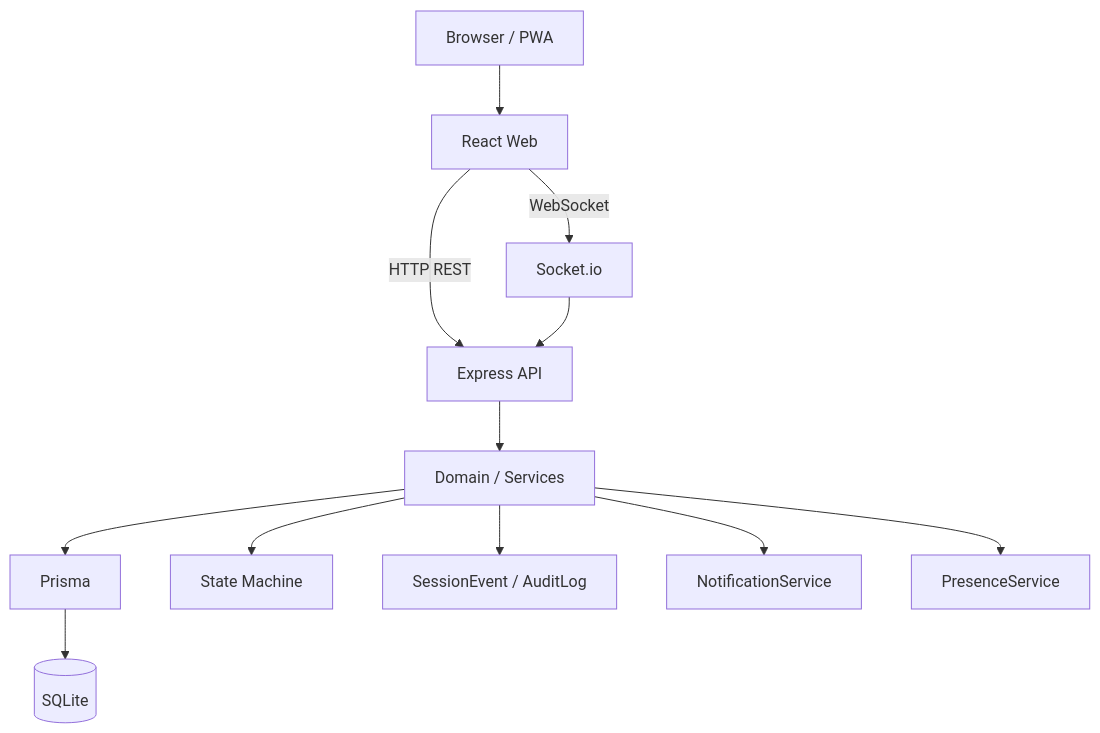
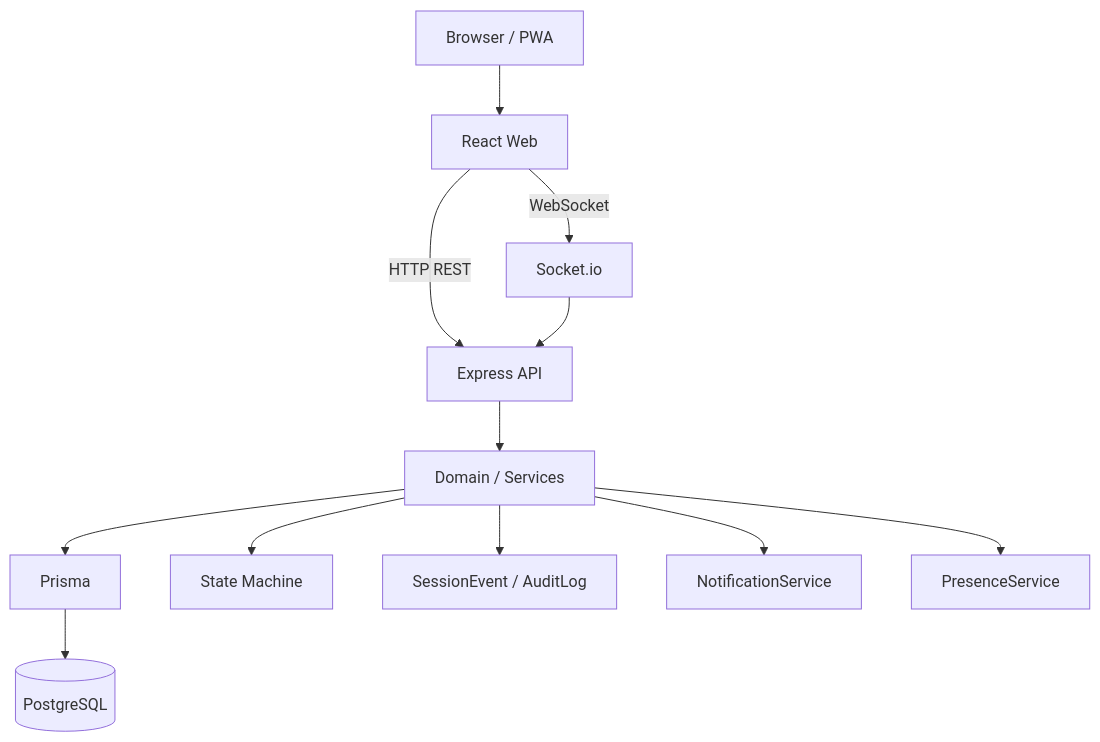
Before and after one commit to YusufSez/AlfatekSiparis: the diagram in README.md, drawn with Mermaid. The commit also changed other lines of this file and 29 other files, not shown here.

````diff
--- a/README.md
+++ b/README.md
@@ -452,14 +460,14 @@
 ```mermaid
 flowchart TD
   B[Browser / PWA] --> R[React Web]
   R -->|HTTP REST| E[Express API]
   R -->|WebSocket| S[Socket.io]
   S --> E
   E --> D[Domain / Services]
   D --> P[Prisma]
-  P --> DB[(SQLite)]
+  P --> DB[(PostgreSQL)]
   D --> SM[State Machine]
   D --> SE[SessionEvent / AuditLog]
   D --> NS[NotificationService]
   D --> PS[PresenceService]
 ```
````
